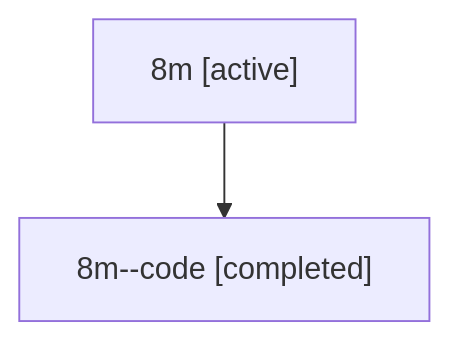
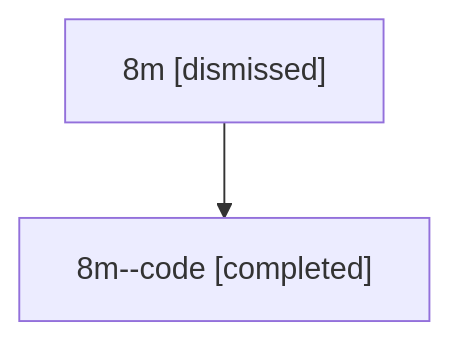
The diagram in sessions/bbugyi200.athena.8m.md (sase-org/sase--agents), drawn with Mermaid before and after one commit. The commit also changed other lines of this file and 18 other files, not shown here.

````diff
--- a/sessions/bbugyi200.athena.8m.md
+++ b/sessions/bbugyi200.athena.8m.md
@@ -9,6 +9,6 @@
 ```mermaid
 flowchart TD
-  n0["8m [active]"]
+  n0["8m [dismissed]"]
   n1["8m--code [completed]"]
   n0 --> n1
 ```
````
